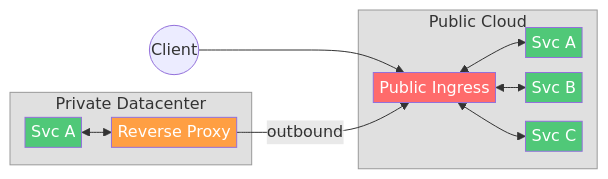
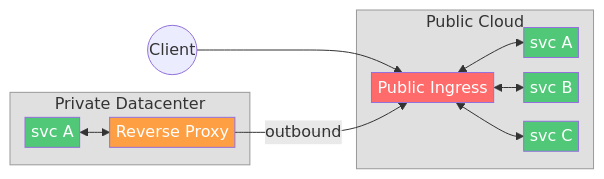
One commit to agntcy/blogs changed the first of 7 diagrams in presentations/slim-multicluster-demo/slim-multicluster-demo.md. Above: the diagram before and after it, drawn with Mermaid. The commit also changed other lines of this file, not shown here.

Commit message:
fix: make svc lowercase

````diff
--- a/presentations/slim-multicluster-demo/slim-multicluster-demo.md
+++ b/presentations/slim-multicluster-demo/slim-multicluster-demo.md
@@ -20,23 +20,23 @@
 ```mermaid
 %%{init: {'flowchart': {'nodeSpacing': 15, 'rankSpacing': 30, 'padding': 3}}}%%
 graph LR
     subgraph PRV["Private Datacenter"]
-        S4[Svc A] <--> RP[Reverse Proxy]
+        S4[svc A] <--> RP[Reverse Proxy]
     end
     subgraph PUB["Public Cloud"]
         IG[Public Ingress]
-        IG <--> S1[Svc A]
-        IG <--> S2[Svc B]
-        IG <--> S3[Svc C]
+        IG <--> S1[svc A]
+        IG <--> S2[svc B]
+        IG <--> S3[svc C]
     end
     C((Client)) --> IG
     RP -- "outbound" --> IG
     style IG fill:#FF6B6B,color:#fff
     style RP fill:#FF9F43,color:#fff
     style PUB fill:#e0e0e0,stroke:#999,color:#333
     style PRV fill:#e0e0e0,stroke:#999,color:#333
     style S1 fill:#50C878,color:#fff
     style S2 fill:#50C878,color:#fff
     style S3 fill:#50C878,color:#fff
     style S4 fill:#50C878,color:#fff
 ```
````
